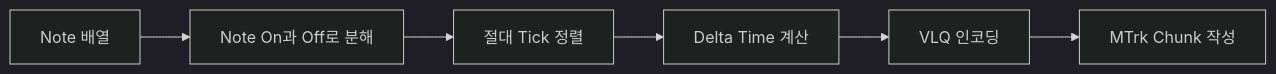
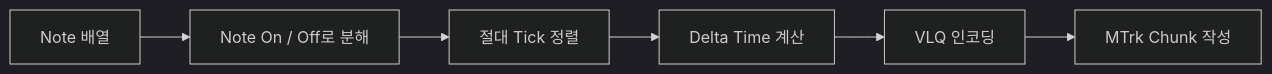
One commit to whizzkid1452/blog changed the diagram in content/posts/daw-engine-midi-file-codec.md. Above: the diagram before and after it, drawn with Mermaid (dark theme). The commit also changed other lines of this file and 7 other files, not shown here.

````diff
--- a/content/posts/daw-engine-midi-file-codec.md
+++ b/content/posts/daw-engine-midi-file-codec.md
@@ -189,8 +189,8 @@
 ```mermaid
 flowchart LR
-  A["Note 배열"] --> B["Note On과 Off로 분해"]
+  A["Note 배열"] --> B["Note On / Off로 분해"]
   B --> C["절대 Tick 정렬"]
   C --> D["Delta Time 계산"]
   D --> E["VLQ 인코딩"]
   E --> F["MTrk Chunk 작성"]
 ```
````
